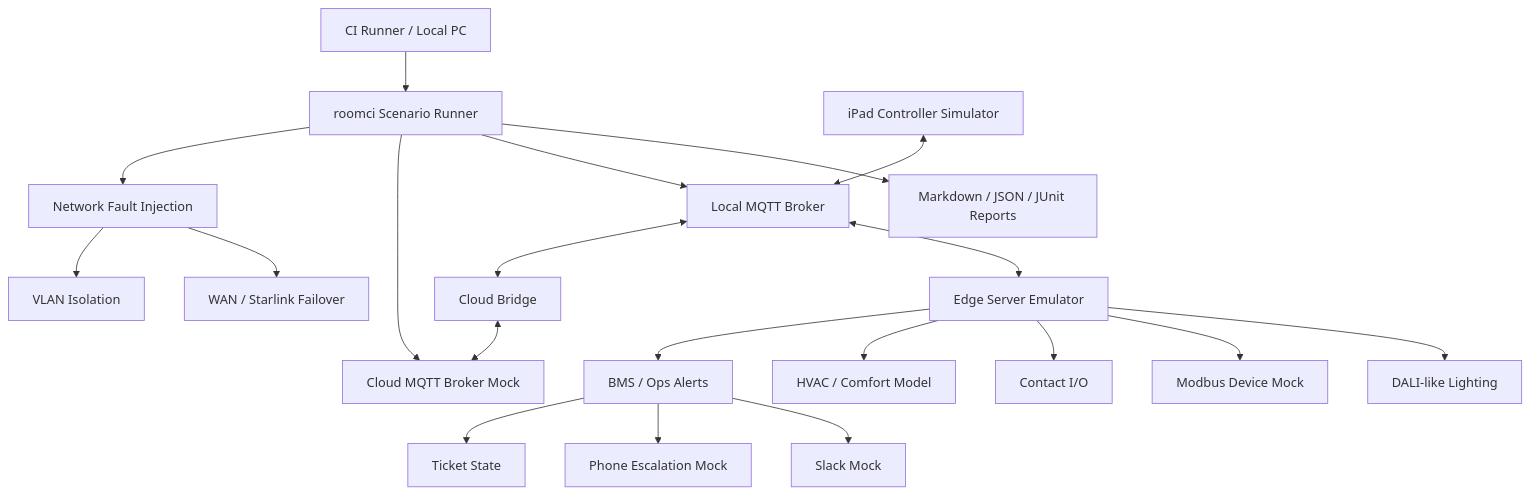
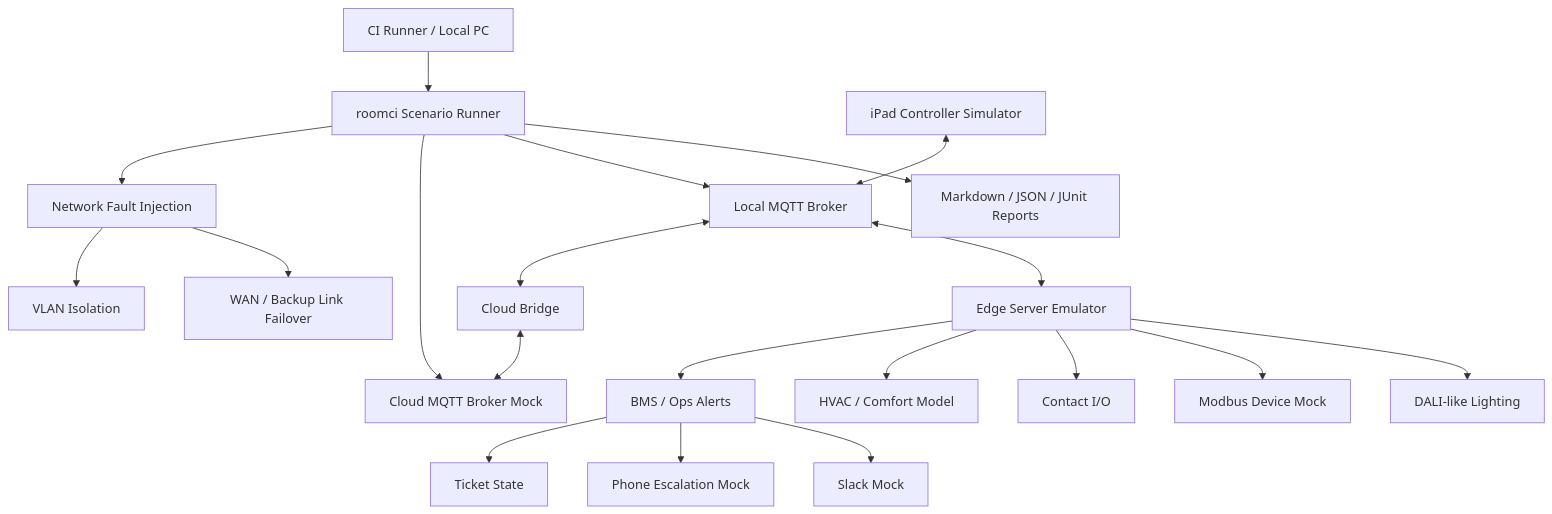
The diagram in diagrams/architecture.mmd (albert-einshutoin/roomci), drawn with Mermaid before and after one commit. The commit also changed 52 other files, not shown here.

```diff
--- a/diagrams/architecture.mmd
+++ b/diagrams/architecture.mmd
@@ -1,20 +1,20 @@
 flowchart TD
   CI[CI Runner / Local PC] --> Scenario[roomci Scenario Runner]
   Scenario --> Reports[Markdown / JSON / JUnit Reports]
   Scenario --> LocalBroker[Local MQTT Broker]
   Scenario --> CloudBroker[Cloud MQTT Broker Mock]
   IPad[iPad Controller Simulator] <--> LocalBroker
   LocalBroker <--> Edge[Edge Server Emulator]
   Edge --> DALI[DALI-like Lighting]
   Edge --> Modbus[Modbus Device Mock]
   Edge --> Contact[Contact I/O]
   Edge --> HVAC[HVAC / Comfort Model]
   Edge --> BMS[BMS / Ops Alerts]
   BMS --> Slack[Slack Mock]
   BMS --> Phone[Phone Escalation Mock]
   BMS --> Ticket[Ticket State]
   LocalBroker <--> Bridge[Cloud Bridge]
   Bridge <--> CloudBroker
   Scenario --> Network[Network Fault Injection]
-  Network --> WAN[WAN / Starlink Failover]
+  Network --> WAN[WAN / Backup Link Failover]
   Network --> VLAN[VLAN Isolation]
```
